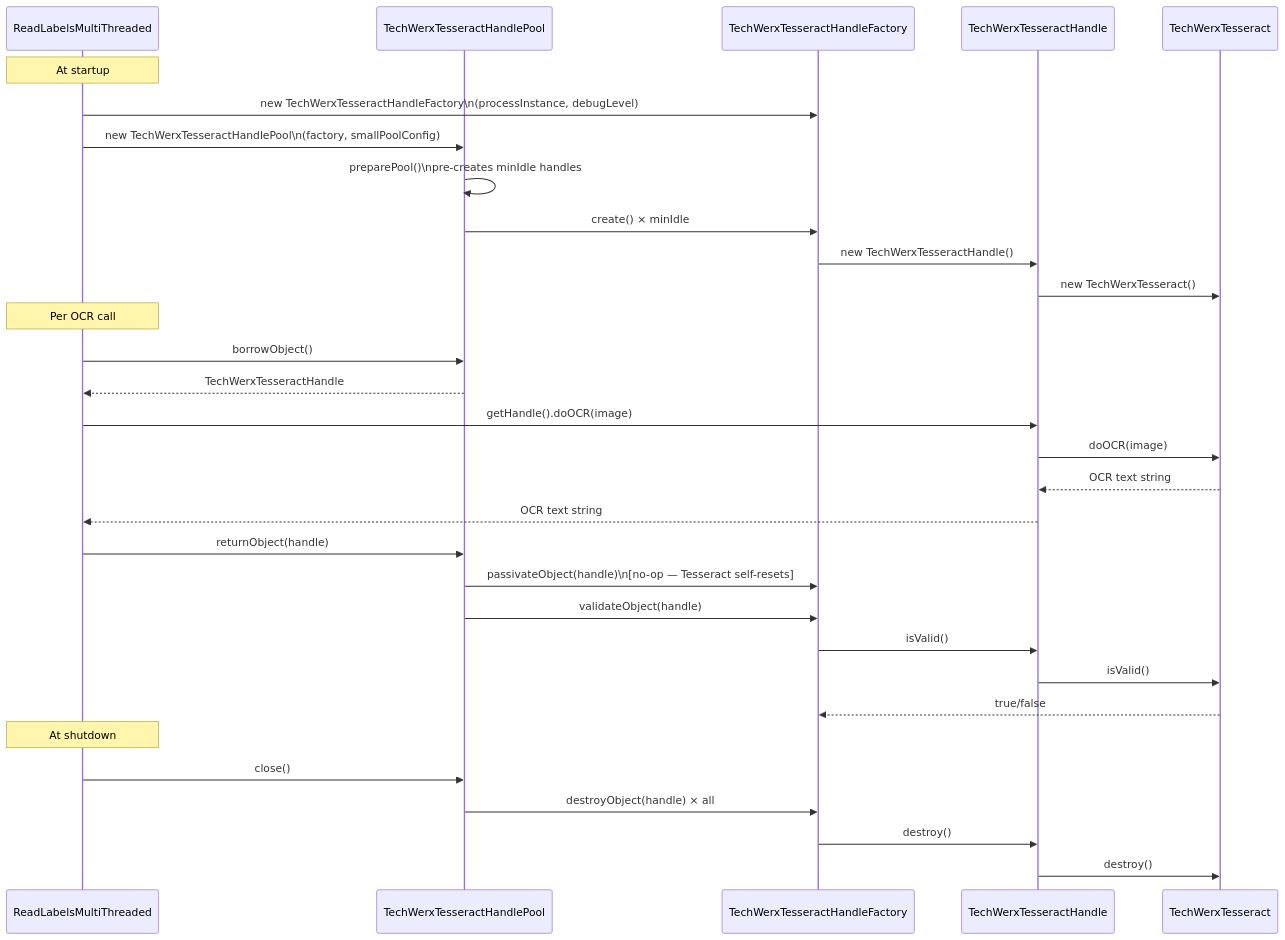
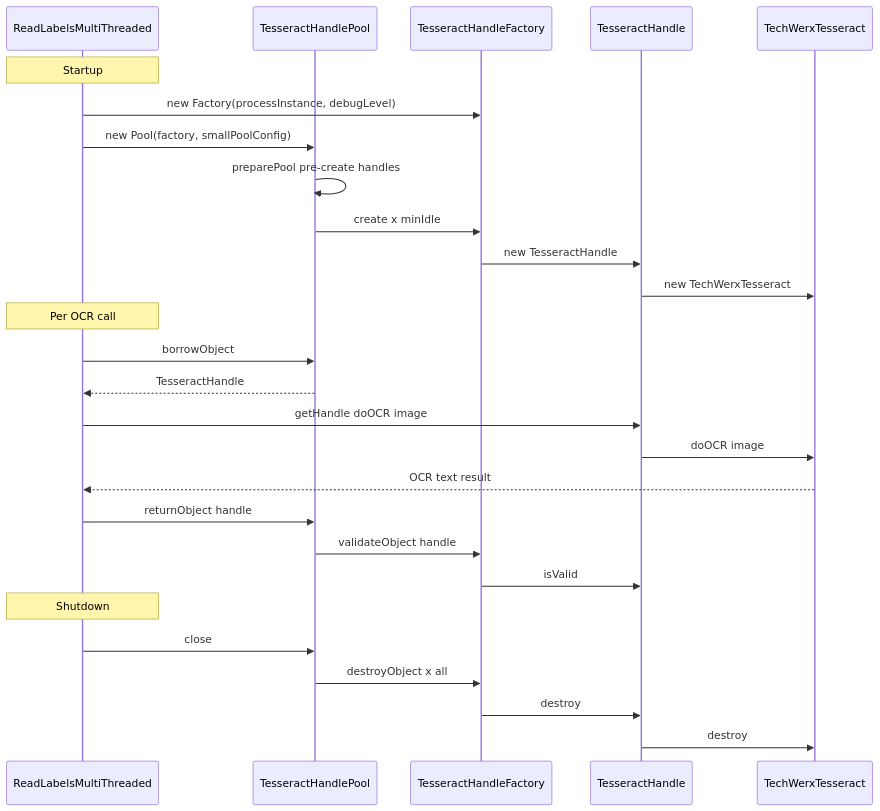
Before and after one commit to UBags/KitchenwarePackagingCompliance: the seventh of 13 diagrams in ReadMe.md, drawn with Mermaid. The commit also changed other lines of this file, not shown here.

````diff
--- a/ReadMe.md
+++ b/ReadMe.md
@@ -556,36 +238,32 @@
 ```mermaid
 sequenceDiagram
     participant RLM as ReadLabelsMultiThreaded
-    participant POOL as TechWerxTesseractHandlePool
-    participant FACT as TechWerxTesseractHandleFactory
-    participant HDL as TechWerxTesseractHandle
+    participant POOL as TesseractHandlePool
+    participant FACT as TesseractHandleFactory
+    participant HDL as TesseractHandle
     participant TESS as TechWerxTesseract
 
-    Note over RLM: At startup
-    RLM->>FACT: new TechWerxTesseractHandleFactory\n(processInstance, debugLevel)
-    RLM->>POOL: new TechWerxTesseractHandlePool\n(factory, smallPoolConfig)
-    POOL->>POOL: preparePool()\npre-creates minIdle handles
-    POOL->>FACT: create() × minIdle
-    FACT->>HDL: new TechWerxTesseractHandle()
-    HDL->>TESS: new TechWerxTesseract()
+    note over RLM: Startup
+    RLM->>FACT: new Factory(processInstance, debugLevel)
+    RLM->>POOL: new Pool(factory, smallPoolConfig)
+    POOL->>POOL: preparePool pre-create handles
+    POOL->>FACT: create x minIdle
+    FACT->>HDL: new TesseractHandle
+    HDL->>TESS: new TechWerxTesseract
 
-    Note over RLM: Per OCR call
-    RLM->>POOL: borrowObject()
-    POOL-->>RLM: TechWerxTesseractHandle
-    RLM->>HDL: getHandle().doOCR(image)
-    HDL->>TESS: doOCR(image)
-    TESS-->>HDL: OCR text string
-    HDL-->>RLM: OCR text string
-    RLM->>POOL: returnObject(handle)
-    POOL->>FACT: passivateObject(handle)\n[no-op — Tesseract self-resets]
-    POOL->>FACT: validateObject(handle)
-    FACT->>HDL: isValid()
-    HDL->>TESS: isValid()
-    TESS-->>FACT: true/false
+    note over RLM: Per OCR call
+    RLM->>POOL: borrowObject
+    POOL-->>RLM: TesseractHandle
+    RLM->>HDL: getHandle doOCR image
+    HDL->>TESS: doOCR image
+    TESS-->>RLM: OCR text result
+    RLM->>POOL: returnObject handle
+    POOL->>FACT: validateObject handle
+    FACT->>HDL: isValid
 
-    Note over RLM: At shutdown
-    RLM->>POOL: close()
-    POOL->>FACT: destroyObject(handle) × all
-    FACT->>HDL: destroy()
-    HDL->>TESS: destroy()
+    note over RLM: Shutdown
+    RLM->>POOL: close
+    POOL->>FACT: destroyObject x all
+    FACT->>HDL: destroy
+    HDL->>TESS: destroy
 ```
````
